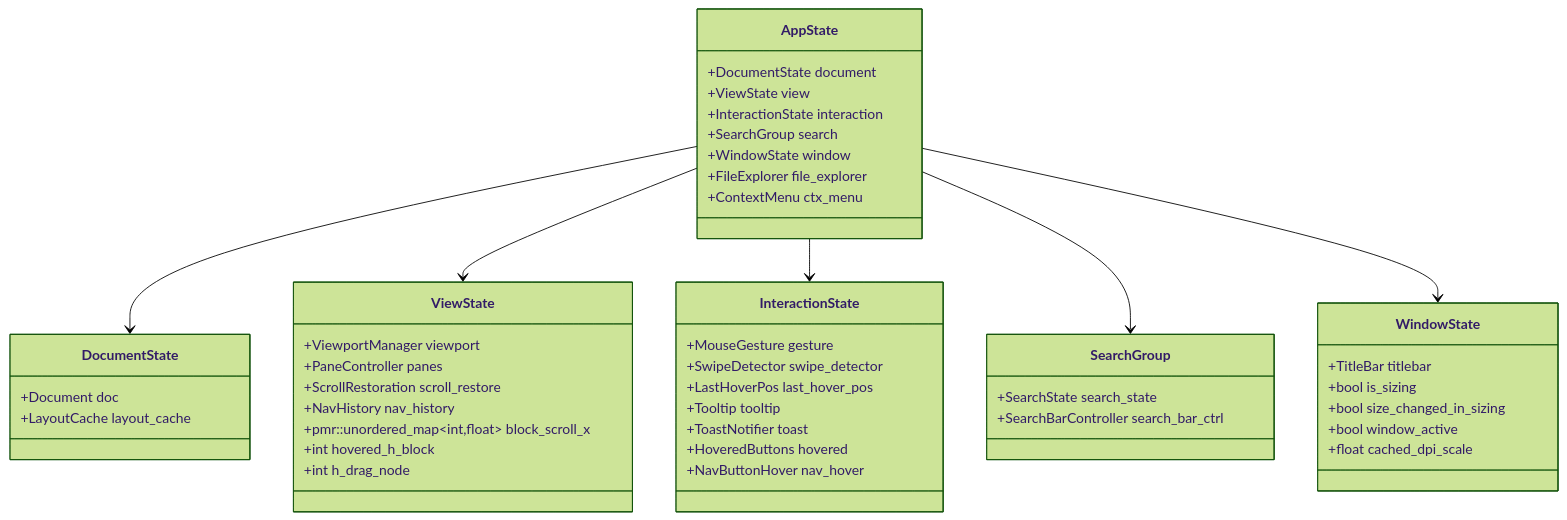
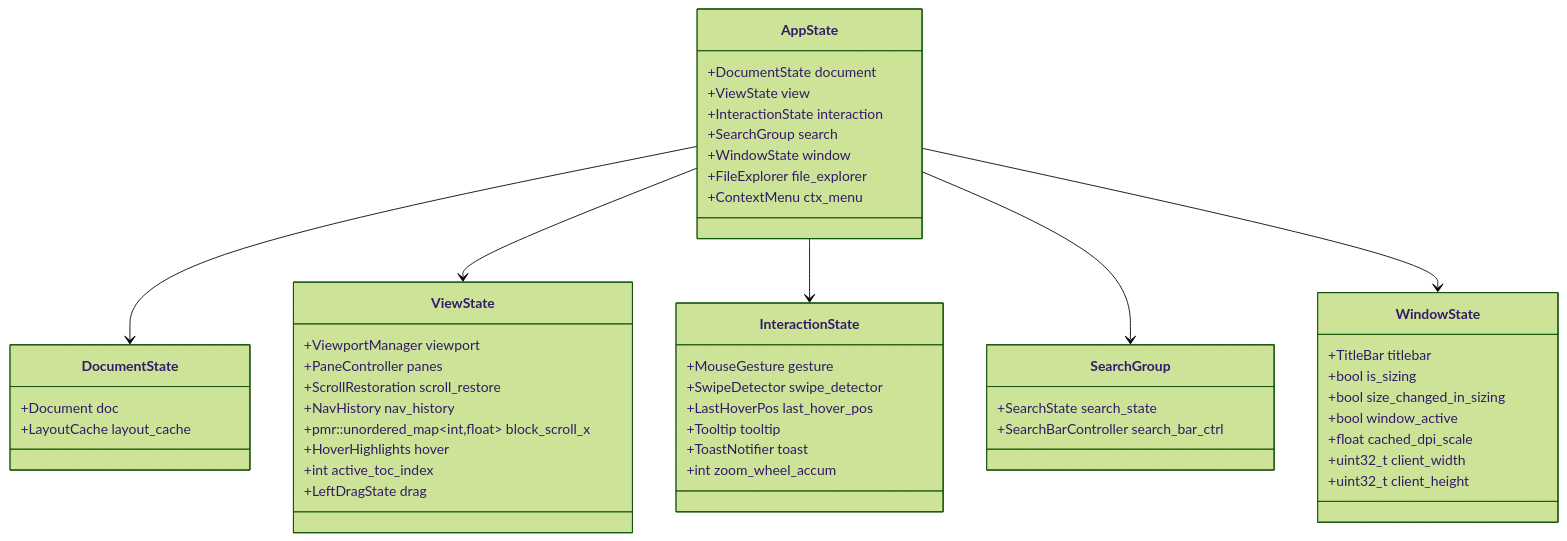
The fourth of 27 diagrams in example/test.md (tanaton/mendo), drawn with Mermaid (forest theme) before and after one commit. The commit also changed other lines of this file and 2 other files, not shown here.

````diff
--- a/example/test.md
+++ b/example/test.md
@@ -533,56 +572,58 @@
 ```mermaid
 classDiagram
     class AppState {
         +DocumentState document
         +ViewState view
         +InteractionState interaction
         +SearchGroup search
         +WindowState window
         +FileExplorer file_explorer
         +ContextMenu ctx_menu
     }
 
     class DocumentState {
         +Document doc
         +LayoutCache layout_cache
     }
 
     class ViewState {
         +ViewportManager viewport
         +PaneController panes
         +ScrollRestoration scroll_restore
         +NavHistory nav_history
         +pmr::unordered_map~int,float~ block_scroll_x
-        +int hovered_h_block
-        +int h_drag_node
+        +HoverHighlights hover
+        +int active_toc_index
+        +LeftDragState drag
     }
 
     class InteractionState {
         +MouseGesture gesture
         +SwipeDetector swipe_detector
         +LastHoverPos last_hover_pos
         +Tooltip tooltip
         +ToastNotifier toast
-        +HoveredButtons hovered
-        +NavButtonHover nav_hover
+        +int zoom_wheel_accum
     }
 
     class SearchGroup {
         +SearchState search_state
         +SearchBarController search_bar_ctrl
     }
 
     class WindowState {
         +TitleBar titlebar
         +bool is_sizing
         +bool size_changed_in_sizing
         +bool window_active
         +float cached_dpi_scale
+        +uint32_t client_width
+        +uint32_t client_height
     }
 
     AppState --> DocumentState
     AppState --> ViewState
     AppState --> InteractionState
     AppState --> SearchGroup
     AppState --> WindowState
 ```
````
